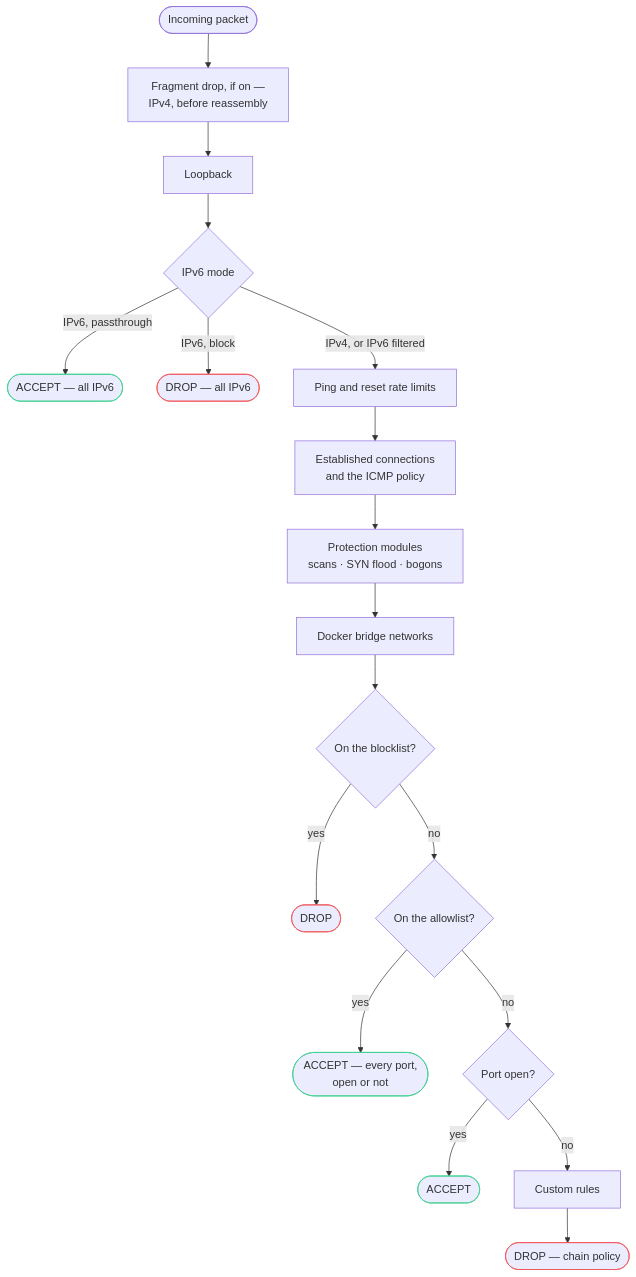
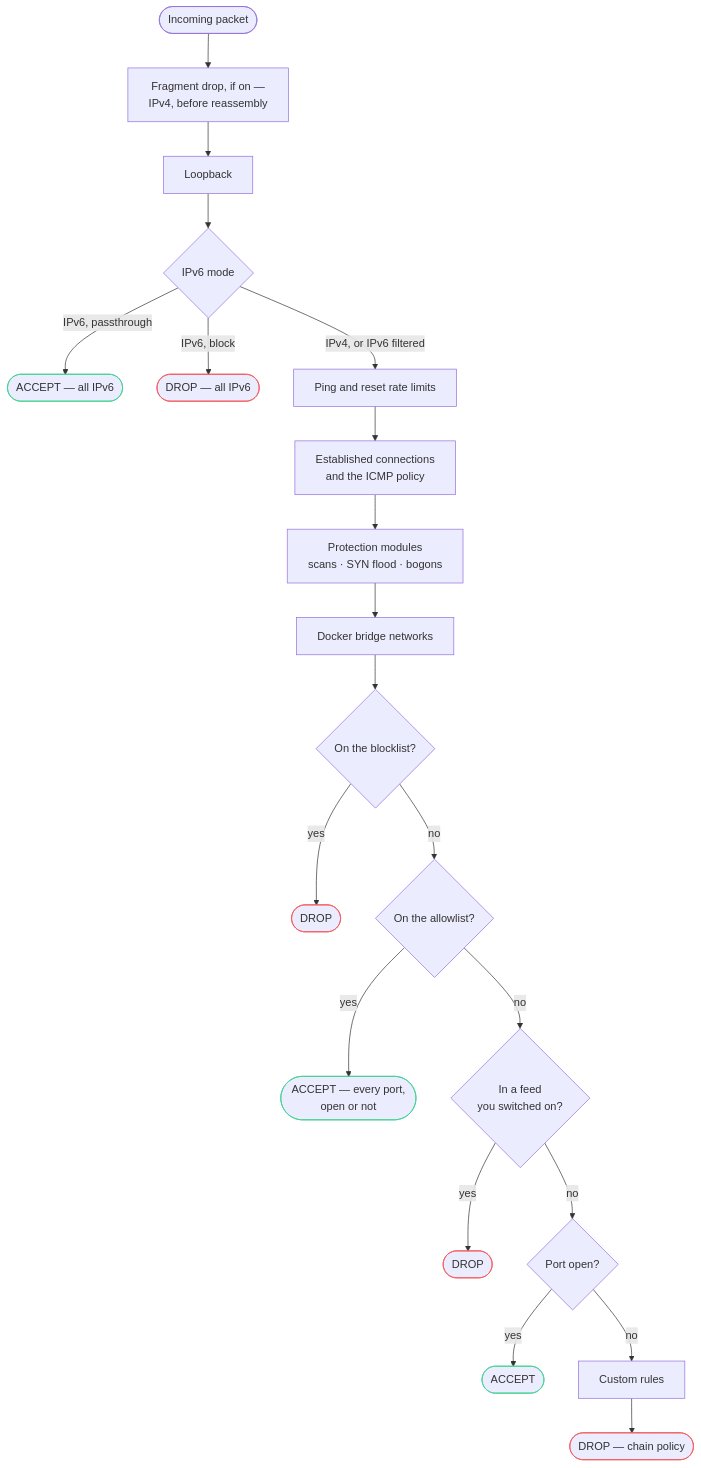
Before and after one commit to jp1337/easywall: the diagram in docs/_diagrams/rule-order.mmd, drawn with Mermaid. The commit also changed 12 other files, not shown here.

```diff
--- a/docs/_diagrams/rule-order.mmd
+++ b/docs/_diagrams/rule-order.mmd
@@ -1,25 +1,28 @@
 flowchart TD
   P(["Incoming packet"]) --> F["Fragment drop, if on —<br/>IPv4, before reassembly"]
   F --> L["Loopback"]
   L --> V{"IPv6 mode"}
   V -->|"IPv6, passthrough"| A1(["ACCEPT — all IPv6"])
   V -->|"IPv6, block"| X0(["DROP — all IPv6"])
   V -->|"IPv4, or IPv6 filtered"| R["Ping and reset rate limits"]
   R --> H["Established connections<br/>and the ICMP policy"]
   H --> M["Protection modules<br/>scans · SYN flood · bogons"]
   M --> D["Docker bridge networks"]
   D --> B{"On the blocklist?"}
   B -->|yes| X1(["DROP"])
   B -->|no| W{"On the allowlist?"}
   W -->|yes| A3(["ACCEPT — every port,<br/>open or not"])
-  W -->|no| O{"Port open?"}
+  W -->|no| FD{"In a feed<br/>you switched on?"}
+  FD -->|yes| X3(["DROP"])
+  FD -->|no| O{"Port open?"}
   O -->|yes| A4(["ACCEPT"])
   O -->|no| C["Custom rules"]
   C --> X2(["DROP — chain policy"])
 
   style X0 stroke:#f2555a
   style X1 stroke:#f2555a
   style X2 stroke:#f2555a
+  style X3 stroke:#f2555a
   style A1 stroke:#3ecf8e
   style A3 stroke:#3ecf8e
   style A4 stroke:#3ecf8e
```
